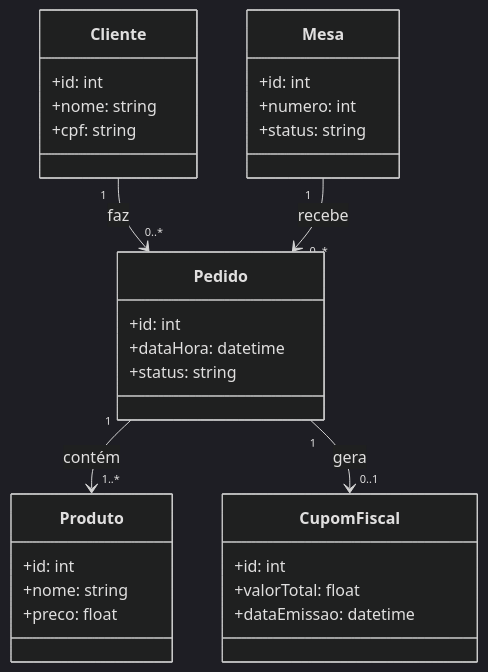
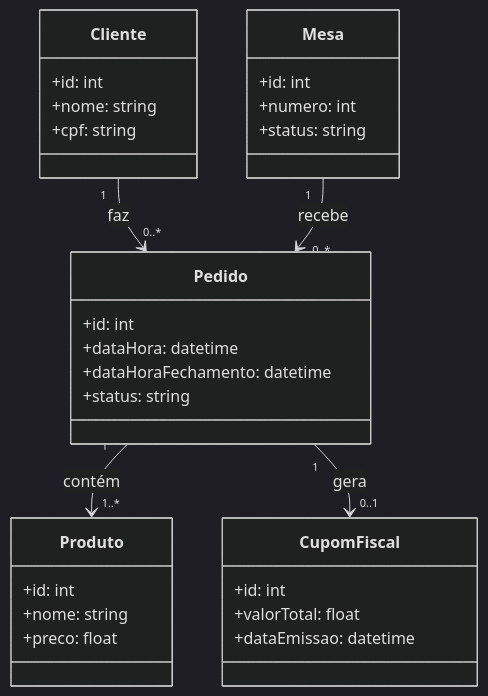
One commit to thiago619/DIOProjetoAPIJava changed the first of 3 diagrams in README.md. Above: the diagram before and after it, drawn with Mermaid (dark theme).

Commit message:
Adicionado o campo dataHoraFechamento. A partir dele podemos calcular se a mesa está aberta ou fechada

````diff
--- a/README.md
+++ b/README.md
@@ -7,38 +7,39 @@
 ```mermaid
 classDiagram
     class Cliente {
         +id: int
         +nome: string
         +cpf: string
     }
 
     class Mesa {
         +id: int
         +numero: int
         +status: string
     }
 
     class Pedido {
         +id: int
         +dataHora: datetime
+        +dataHoraFechamento: datetime
         +status: string
     }
 
     class Produto {
         +id: int
         +nome: string
         +preco: float
     }
 
     class CupomFiscal {
         +id: int
         +valorTotal: float
         +dataEmissao: datetime
     }
 
     %% Relações
     Cliente "1" --> "0..*" Pedido : faz
     Mesa "1" --> "0..*" Pedido : recebe
     Pedido "1" --> "1..*" Produto : contém
     Pedido "1" --> "0..1" CupomFiscal : gera
 ```
````
